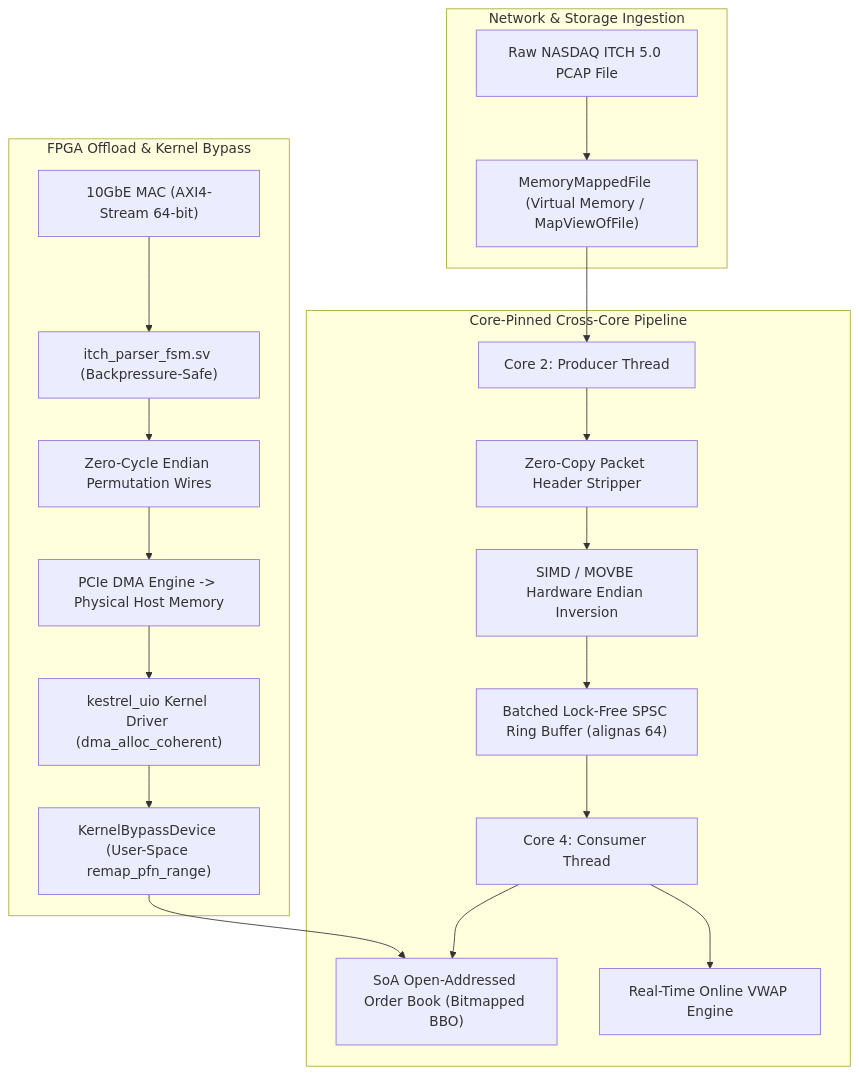
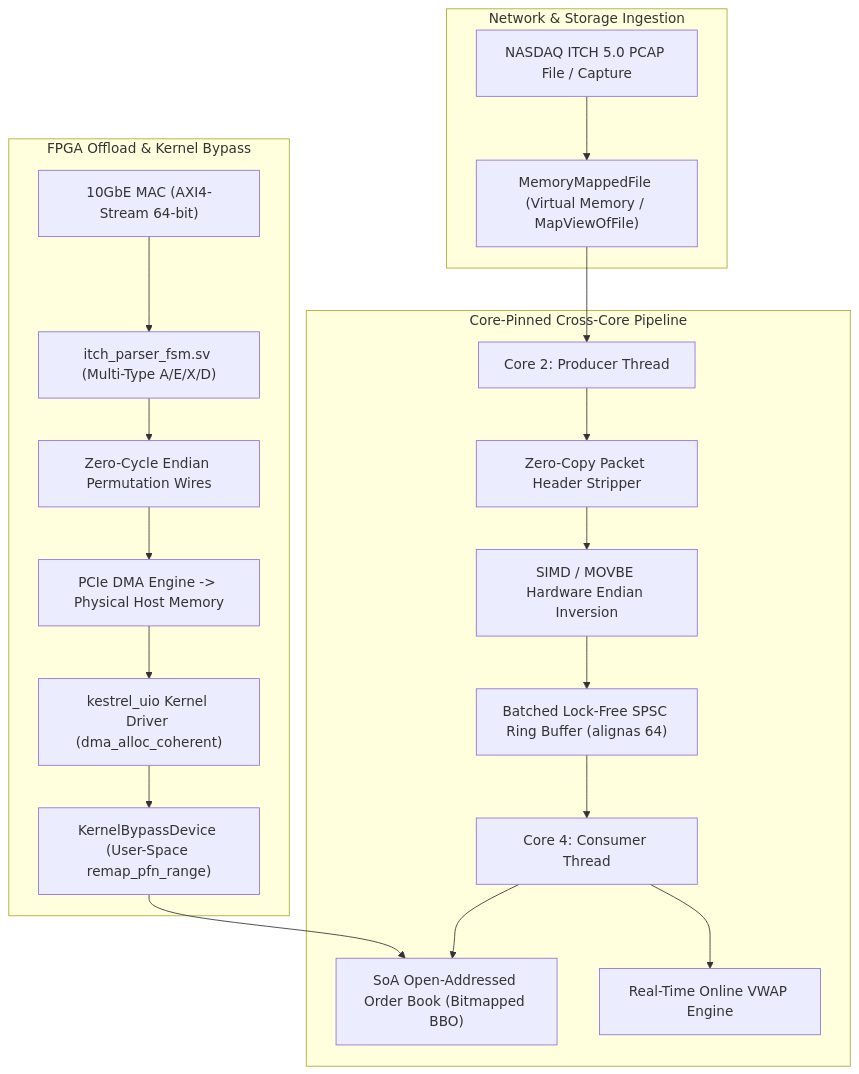
One commit to ak495867/Kestrel changed the first of 2 diagrams in README.md. Above: the diagram before and after it, drawn with Mermaid. The commit also changed other lines of this file and 4 other files, not shown here.

Commit message:
fix: expand FPGA FSM to multi-type messages, decouple DMA harness, and document workload scope

````diff
--- a/README.md
+++ b/README.md
@@ -66,25 +74,25 @@
 ```mermaid
 flowchart TD
     subgraph INGESTION["Network & Storage Ingestion"]
-        A["Raw NASDAQ ITCH 5.0 PCAP File"] --> B["MemoryMappedFile (Virtual Memory / MapViewOfFile)"]
+        A["NASDAQ ITCH 5.0 PCAP File / Capture"] --> B["MemoryMappedFile (Virtual Memory / MapViewOfFile)"]
     end
 
     subgraph PIPELINE["Core-Pinned Cross-Core Pipeline"]
         B --> C["Core 2: Producer Thread"]
         C --> D["Zero-Copy Packet Header Stripper"]
         D --> E["SIMD / MOVBE Hardware Endian Inversion"]
         E --> F["Batched Lock-Free SPSC Ring Buffer (alignas 64)"]
         F --> G["Core 4: Consumer Thread"]
         G --> H["SoA Open-Addressed Order Book (Bitmapped BBO)"]
         G --> I["Real-Time Online VWAP Engine"]
     end
 
     subgraph HARDWARE["FPGA Offload & Kernel Bypass"]
-        J["10GbE MAC (AXI4-Stream 64-bit)"] --> K["itch_parser_fsm.sv (Backpressure-Safe)"]
+        J["10GbE MAC (AXI4-Stream 64-bit)"] --> K["itch_parser_fsm.sv (Multi-Type A/E/X/D)"]
         K --> L["Zero-Cycle Endian Permutation Wires"]
         L --> M["PCIe DMA Engine -> Physical Host Memory"]
         M --> N["kestrel_uio Kernel Driver (dma_alloc_coherent)"]
         N --> O["KernelBypassDevice (User-Space remap_pfn_range)"]
         O --> H
     end
 ```
````
